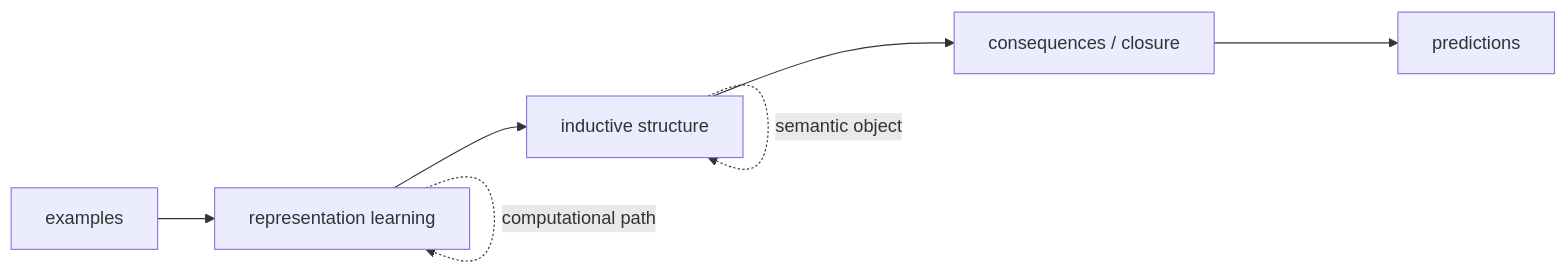
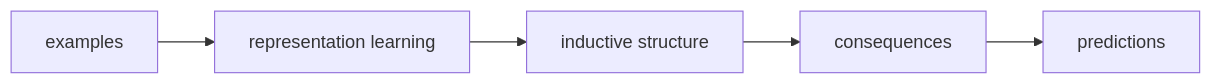
Before and after one commit to cristianoc/arc-challenge: the first of 12 diagrams in miniARC/generalization_as_inductive_structure.md, drawn with Mermaid. The commit also changed other lines of this file, not shown here.

Commit message:
docs: complete visual inductive structure note

````diff
--- a/miniARC/generalization_as_inductive_structure.md
+++ b/miniARC/generalization_as_inductive_structure.md
@@ -11,9 +9,4 @@
 ```mermaid
 flowchart LR
-    E["examples"] --> L["representation learning"]
-    L --> I["inductive structure"]
-    I --> C["consequences / closure"]
-    C --> P["predictions"]
-    I -. "semantic object" .-> I
-    L -. "computational path" .-> L
+    E["examples"] --> L["representation learning"] --> I["inductive structure"] --> C["consequences"] --> P["predictions"]
 ```
````
